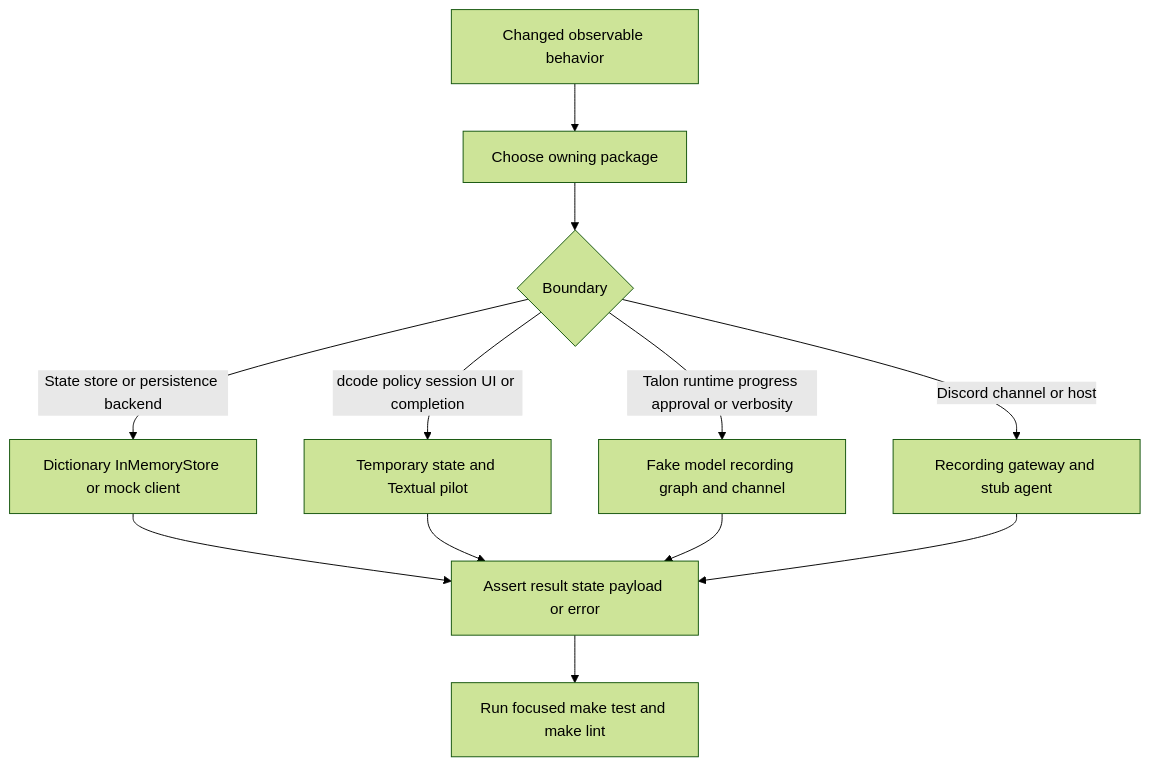
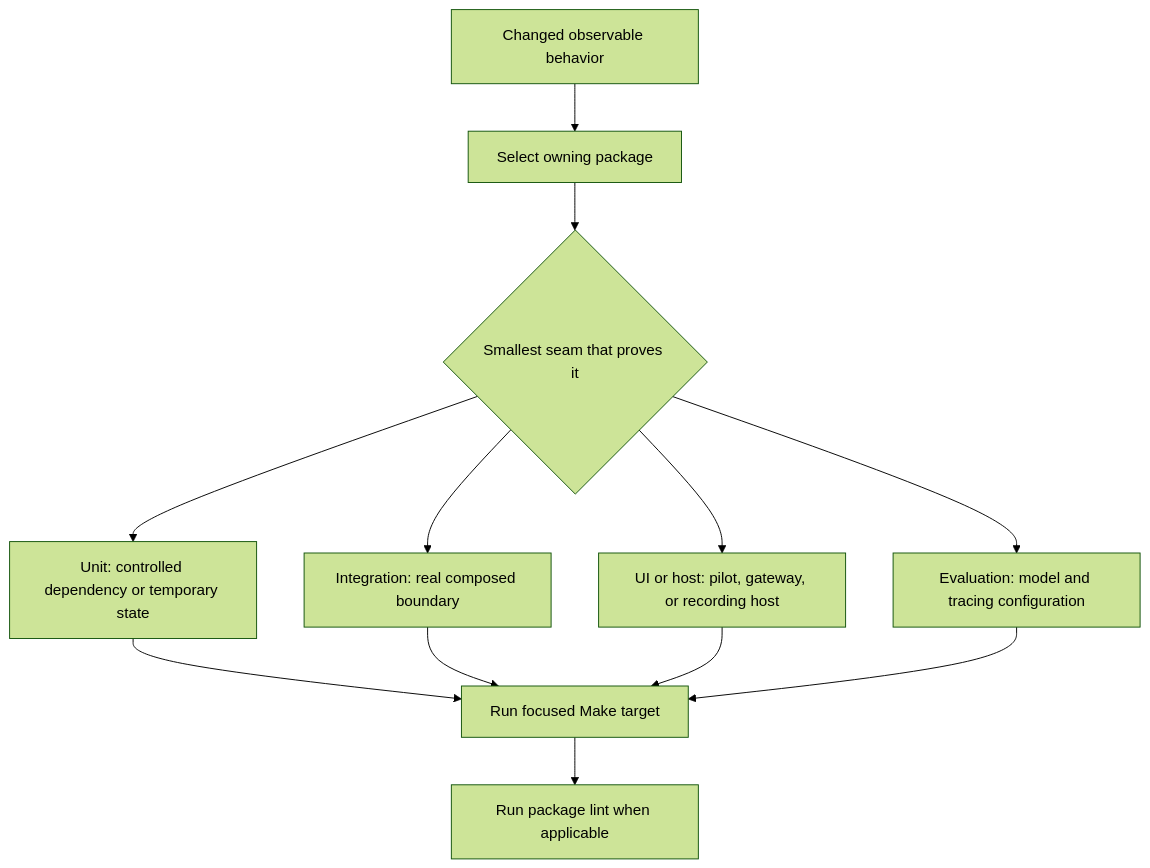
One commit to langchain-ai/deepagents changed the diagram in openwiki/testing/testing-guide.md. Above: the diagram before and after it, drawn with Mermaid (forest theme). The commit also changed other lines of this file and 69 other files, not shown here.

````diff
--- a/openwiki/testing/testing-guide.md
+++ b/openwiki/testing/testing-guide.md
@@ -90,14 +47,14 @@
 ```mermaid
 flowchart TD
-    Change["Changed observable behavior"] --> Owner["Choose owning package"]
-    Owner --> Boundary{"Boundary"}
-    Boundary -->|"State store or persistence backend"| Backend["Dictionary InMemoryStore or mock client"]
-    Boundary -->|"dcode policy session UI or completion"| Dcode["Temporary state and Textual pilot"]
-    Boundary -->|"Talon runtime progress approval or verbosity"| Runtime["Fake model recording graph and channel"]
-    Boundary -->|"Discord channel or host"| Discord["Recording gateway and stub agent"]
-    Backend --> Assert["Assert result state payload or error"]
-    Dcode --> Assert
-    Runtime --> Assert
-    Discord --> Assert
-    Assert --> Check["Run focused make test and make lint"]
+    Change["Changed observable behavior"] --> Owner["Select owning package"]
+    Owner --> Seam{"Smallest seam that proves it"}
+    Seam --> Unit["Unit: controlled dependency or temporary state"]
+    Seam --> Integration["Integration: real composed boundary"]
+    Seam --> UI["UI or host: pilot, gateway, or recording host"]
+    Seam --> Eval["Evaluation: model and tracing configuration"]
+    Unit --> Run["Run focused Make target"]
+    Integration --> Run
+    UI --> Run
+    Eval --> Run
+    Run --> Lint["Run package lint when applicable"]
 ```
````
